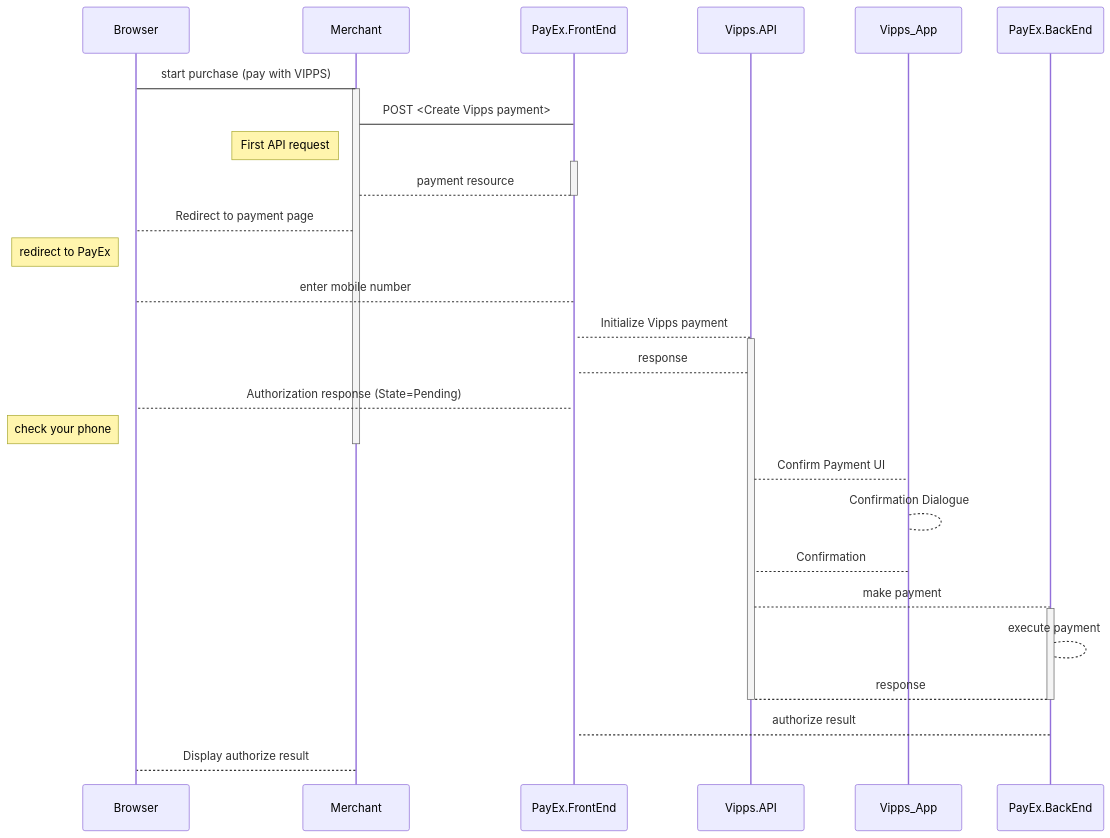
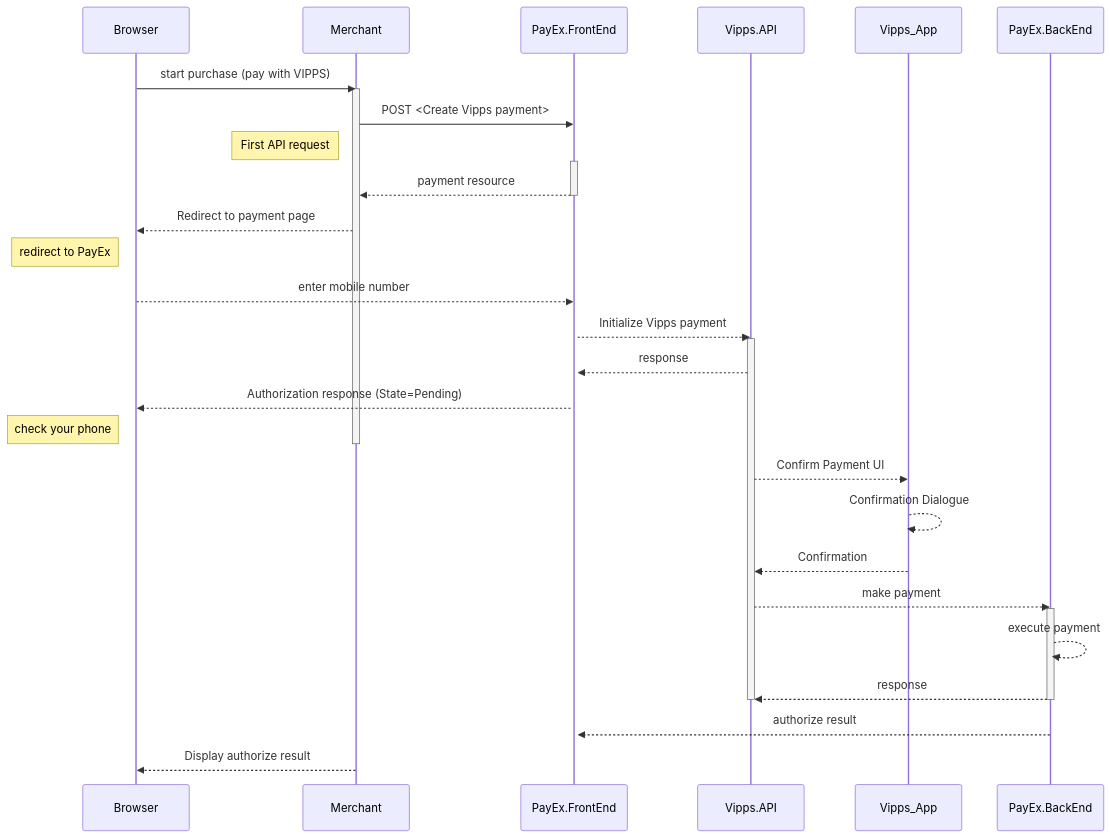
One commit to SwedbankPay/developer.swedbankpay.com changed the diagram in payments/vipps/seamless-view.md. Above: the diagram before and after it, drawn with Mermaid. The commit also changed other lines of this file and 2 other files, not shown here.

Commit message:
DX-290 Adde new images for vipps seamless view

````diff
--- a/payments/vipps/seamless-view.md
+++ b/payments/vipps/seamless-view.md
@@ -64,34 +109,34 @@
 ```mermaid
 sequenceDiagram
-  Browser->Merchant: start purchase (pay with VIPPS)
+  Browser->>Merchant: start purchase (pay with VIPPS)
   activate Merchant
 
-  Merchant->PayEx.FrontEnd: POST <Create  Vipps payment>
+  Merchant->>PayEx.FrontEnd: POST <Create  Vipps payment>
   note left of Merchant: First API request
   activate PayEx.FrontEnd
-  PayEx.FrontEnd-->Merchant: payment resource
+  PayEx.FrontEnd-->>Merchant: payment resource
   deactivate PayEx.FrontEnd
-  Merchant-->Browser: Redirect to payment page
+  Merchant-->>Browser: Redirect to payment page
   note left of Browser:redirect to PayEx
-  Browser-->PayEx.FrontEnd: enter mobile number
+  Browser-->>PayEx.FrontEnd: enter mobile number
   activate PayEx.FrontEnd
 
-  PayEx.FrontEnd-->Vipps.API: Initialize Vipps payment
+  PayEx.FrontEnd-->>Vipps.API: Initialize Vipps payment
   activate Vipps.API
-  Vipps.API-->PayEx.FrontEnd: response
-  PayEx.FrontEnd-->Browser: Authorization response (State=Pending)
+  Vipps.API-->>PayEx.FrontEnd: response
+  PayEx.FrontEnd-->>Browser: Authorization response (State=Pending)
   note left of Browser: check your phone
   deactivate Merchant
   
-  Vipps.API-->Vipps_App: Confirm Payment UI
-  Vipps_App-->Vipps_App: Confirmation Dialogue
-  Vipps_App-->Vipps.API: Confirmation
-  Vipps.API-->PayEx.BackEnd: make payment
+  Vipps.API-->>Vipps_App: Confirm Payment UI
+  Vipps_App-->>Vipps_App: Confirmation Dialogue
+  Vipps_App-->>Vipps.API: Confirmation
+  Vipps.API-->>PayEx.BackEnd: make payment
   activate PayEx.BackEnd
-  PayEx.BackEnd-->PayEx.BackEnd: execute payment
-  PayEx.BackEnd-->Vipps.API: response
+  PayEx.BackEnd-->>PayEx.BackEnd: execute payment
+  PayEx.BackEnd-->>Vipps.API: response
   deactivate PayEx.BackEnd
   deactivate Vipps.API
-  PayEx.BackEnd-->PayEx.FrontEnd: authorize result
-  Merchant-->Browser: Display authorize result
+  PayEx.BackEnd-->>PayEx.FrontEnd: authorize result
+  Merchant-->>Browser: Display authorize result
 ```
````
